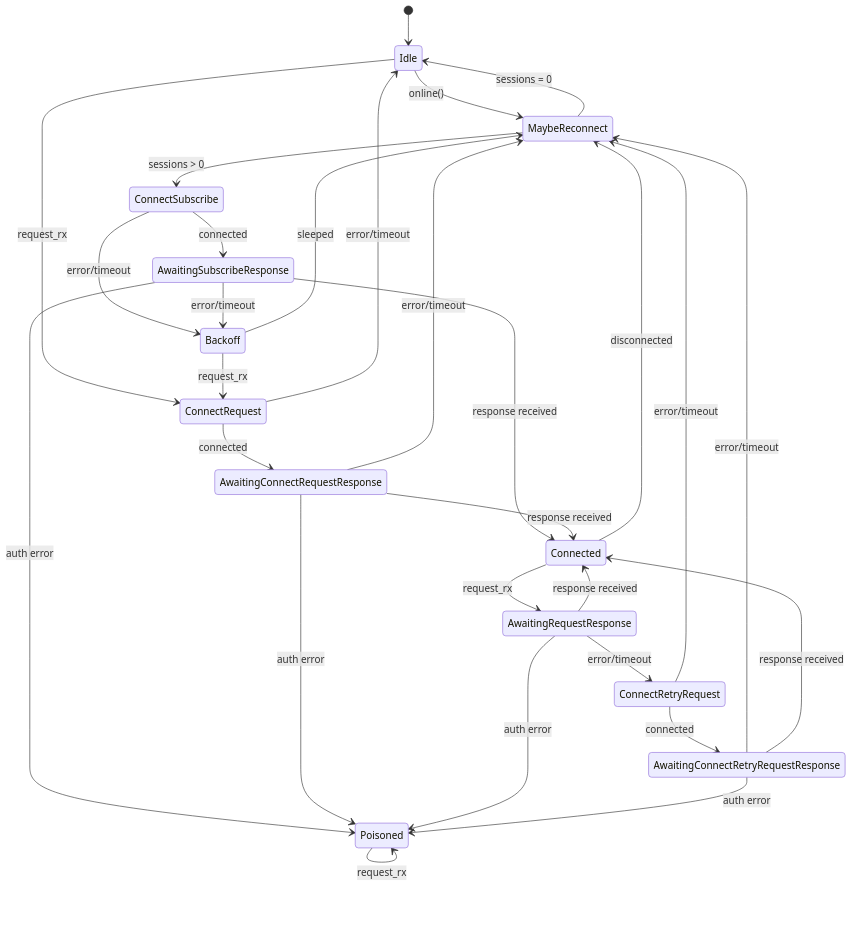
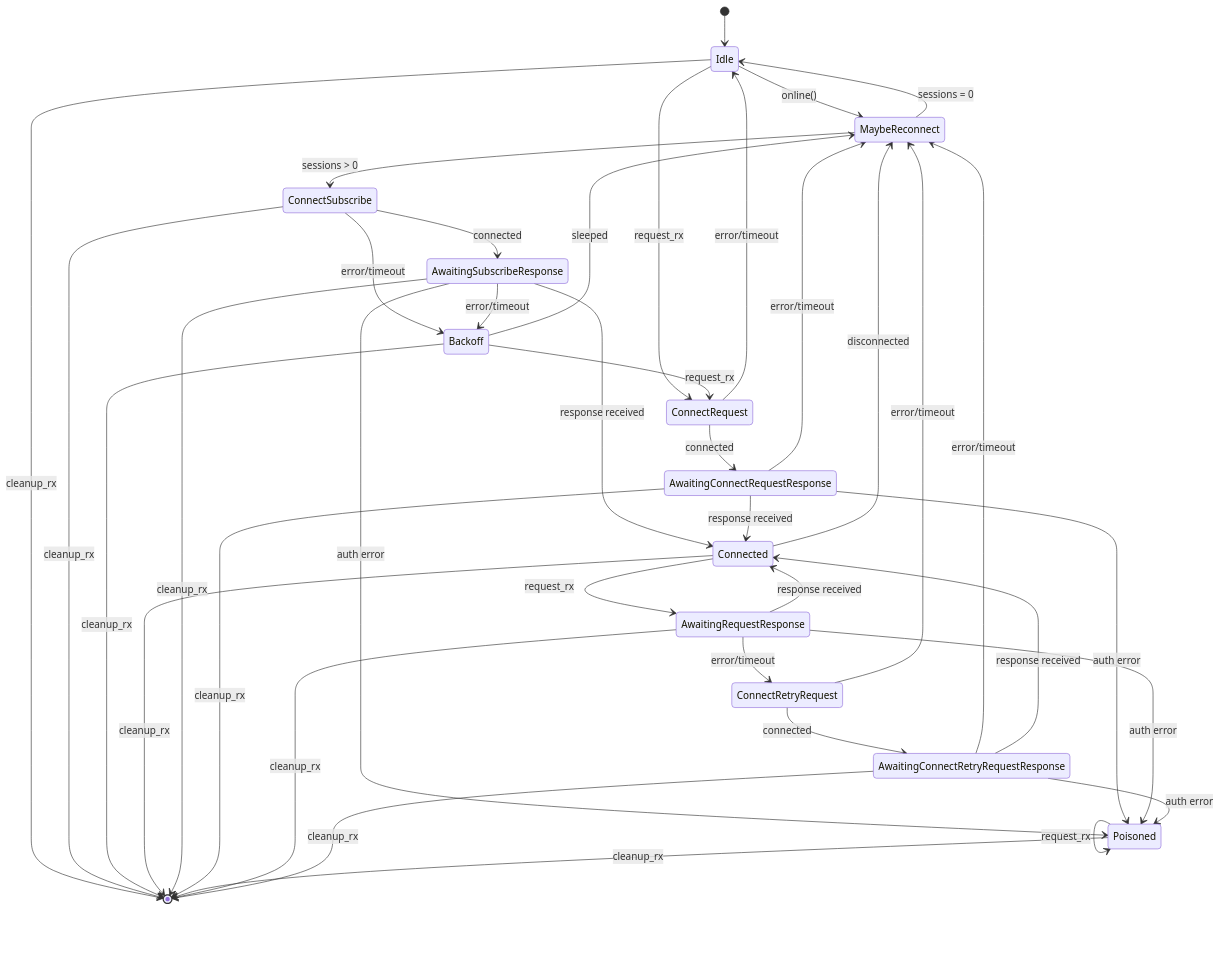
One commit to reown-com/yttrium changed the diagram in crates/yttrium/src/sign/readme.md. Above: the diagram before and after it, drawn with Mermaid. The commit also changed 5 other files, not shown here.

````diff
--- a/crates/yttrium/src/sign/readme.md
+++ b/crates/yttrium/src/sign/readme.md
@@ -1,31 +1,40 @@
 ```mermaid
 stateDiagram-v2
     [*] --> Idle
     Idle --> MaybeReconnect: online()
     Idle --> ConnectRequest: request_rx
+    Idle --> [*]: cleanup_rx
     MaybeReconnect --> ConnectSubscribe: sessions > 0
     MaybeReconnect --> Idle: sessions = 0
     ConnectSubscribe --> AwaitingSubscribeResponse: connected
     ConnectSubscribe --> Backoff: error/timeout
+    ConnectSubscribe --> [*]: cleanup_rx
     Backoff --> MaybeReconnect: sleeped
     Backoff --> ConnectRequest: request_rx
+    Backoff --> [*]: cleanup_rx
     Connected --> MaybeReconnect: disconnected
     Connected --> AwaitingRequestResponse: request_rx
+    Connected --> [*]: cleanup_rx
     AwaitingSubscribeResponse --> Connected: response received
     AwaitingSubscribeResponse --> Poisoned: auth error
+    AwaitingSubscribeResponse --> [*]: cleanup_rx
     AwaitingConnectRequestResponse --> Poisoned: auth error
     ConnectRequest --> AwaitingConnectRequestResponse: connected
     AwaitingConnectRequestResponse --> Connected: response received
     AwaitingConnectRequestResponse --> MaybeReconnect: error/timeout
     Poisoned --> Poisoned: request_rx
     AwaitingSubscribeResponse --> Backoff: error/timeout
+    AwaitingConnectRequestResponse --> [*]: cleanup_rx
     ConnectRequest --> Idle: error/timeout
+    Poisoned --> [*]: cleanup_rx
     AwaitingRequestResponse --> ConnectRetryRequest: error/timeout
     AwaitingRequestResponse --> Poisoned: auth error
     AwaitingRequestResponse --> Connected: response received
+    AwaitingRequestResponse --> [*]: cleanup_rx
     ConnectRetryRequest --> MaybeReconnect: error/timeout
     AwaitingConnectRetryRequestResponse --> MaybeReconnect: error/timeout
     AwaitingConnectRetryRequestResponse --> Poisoned: auth error
     AwaitingConnectRetryRequestResponse --> Connected: response received
     ConnectRetryRequest --> AwaitingConnectRetryRequestResponse: connected
+    AwaitingConnectRetryRequestResponse --> [*]: cleanup_rx
 ```
````
